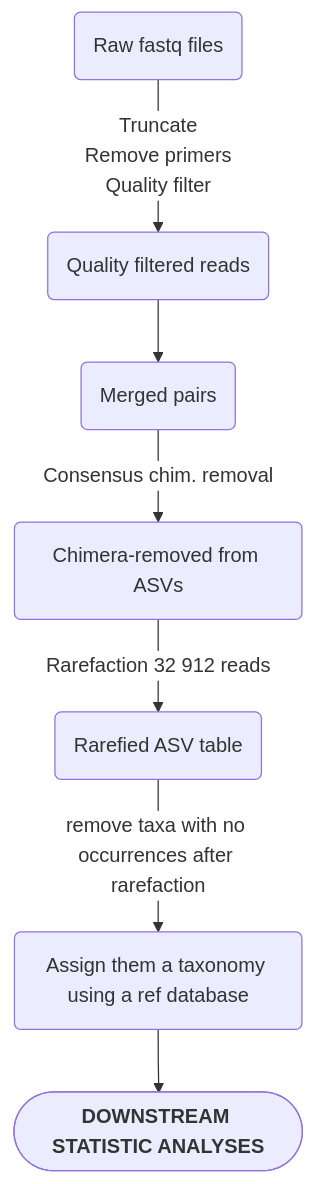
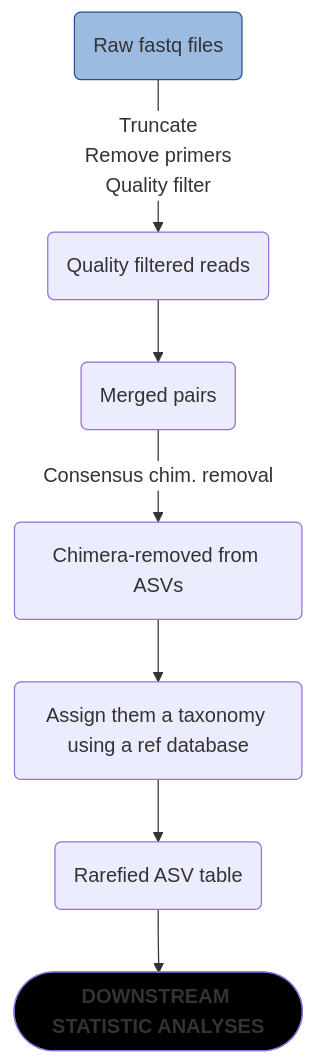
One commit to plchagnon/2023---Amy-Green-roofs-Sweden changed the diagram in Microbiome/README.md. Above: the diagram before and after it, drawn with Mermaid. The commit also changed other lines of this file, not shown here.

````diff
--- a/Microbiome/README.md
+++ b/Microbiome/README.md
@@ -16,8 +16,13 @@
 ```mermaid
 %%{init: {'themeVariables': { 'edgeLabelBackground': '#FFF'}}}%%
 flowchart TD
-raw(Raw fastq files) -- Truncate <br> Remove primers <br> Quality filter --> q(Quality filtered reads)
+raw(Raw fastq files):::bl -- Truncate <br> Remove primers <br> Quality filter --> q(Quality filtered reads)
 q-->m(Merged pairs)
 m-- Consensus chim. removal -->chim(Chimera-removed from ASVs)
-chim-- Rarefaction 32 912 reads-->rar(Rarefied ASV table) -- remove taxa with no occurrences after rarefaction --> tax(Assign them a taxonomy using a ref database) --> st([<b>DOWNSTREAM STATISTIC ANALYSES</b>]) 
+chim--> tax(Assign them a taxonomy using a ref database) --> rar(Rarefied ASV table) -->st([<b>DOWNSTREAM STATISTIC ANALYSES</b>]) 
+
+style st fill:#000000
+
+classDef bl fill:#9BBBE1,stroke:#24548B 
+
 ```
````
